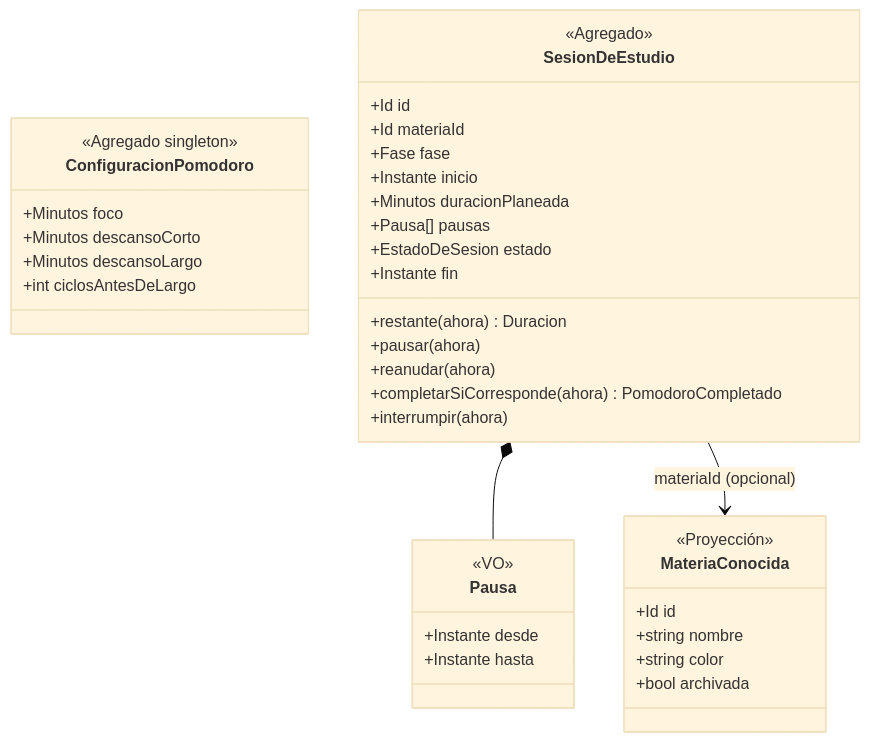
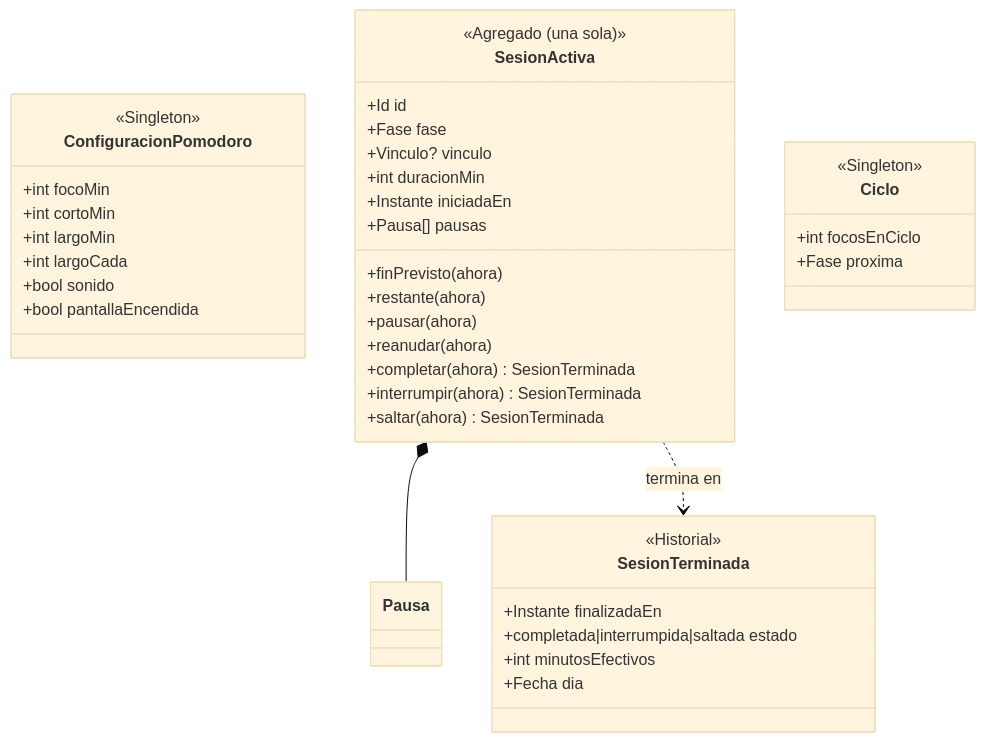
One commit to Yirusz/personalApp changed the fifth of 6 diagrams in docs/dominio.md. Above: the diagram before and after it, drawn with Mermaid (base theme). The commit also changed other lines of this file and 11 other files, not shown here.

First line of the commit message:
docs: ADR-0016, dominio de Estudio, guion de prueba, plan maestro (Obsidian en pausa) y CHANGELOG 0.6.0

````diff
--- a/docs/dominio.md
+++ b/docs/dominio.md
@@ -217,40 +218,42 @@
 ```mermaid
 classDiagram
   class ConfiguracionPomodoro {
-    <<Agregado singleton>>
-    +Minutos foco
-    +Minutos descansoCorto
-    +Minutos descansoLargo
-    +int ciclosAntesDeLargo
+    <<Singleton>>
+    +int focoMin
+    +int cortoMin
+    +int largoMin
+    +int largoCada
+    +bool sonido
+    +bool pantallaEncendida
   }
-  class SesionDeEstudio {
-    <<Agregado>>
+  class SesionActiva {
+    <<Agregado (una sola)>>
     +Id id
-    +Id materiaId
     +Fase fase
-    +Instante inicio
-    +Minutos duracionPlaneada
+    +Vinculo? vinculo
+    +int duracionMin
+    +Instante iniciadaEn
     +Pausa[] pausas
-    +EstadoDeSesion estado
-    +Instante fin
-    +restante(ahora) Duracion
+    +finPrevisto(ahora)
+    +restante(ahora)
     +pausar(ahora)
     +reanudar(ahora)
-    +completarSiCorresponde(ahora) PomodoroCompletado
-    +interrumpir(ahora)
+    +completar(ahora) SesionTerminada
+    +interrumpir(ahora) SesionTerminada
+    +saltar(ahora) SesionTerminada
   }
-  class Pausa {
-    <<VO>>
-    +Instante desde
-    +Instante hasta
+  class SesionTerminada {
+    <<Historial>>
+    +Instante finalizadaEn
+    +completada|interrumpida|saltada estado
+    +int minutosEfectivos
+    +Fecha dia
   }
-  class MateriaConocida {
-    <<Proyección>>
-    +Id id
-    +string nombre
-    +string color
-    +bool archivada
+  class Ciclo {
+    <<Singleton>>
+    +int focosEnCiclo
+    +Fase proxima
   }
-  SesionDeEstudio *-- Pausa
-  SesionDeEstudio --> MateriaConocida : materiaId (opcional)
+  SesionActiva *-- Pausa
+  SesionActiva ..> SesionTerminada : termina en
 ```
````
